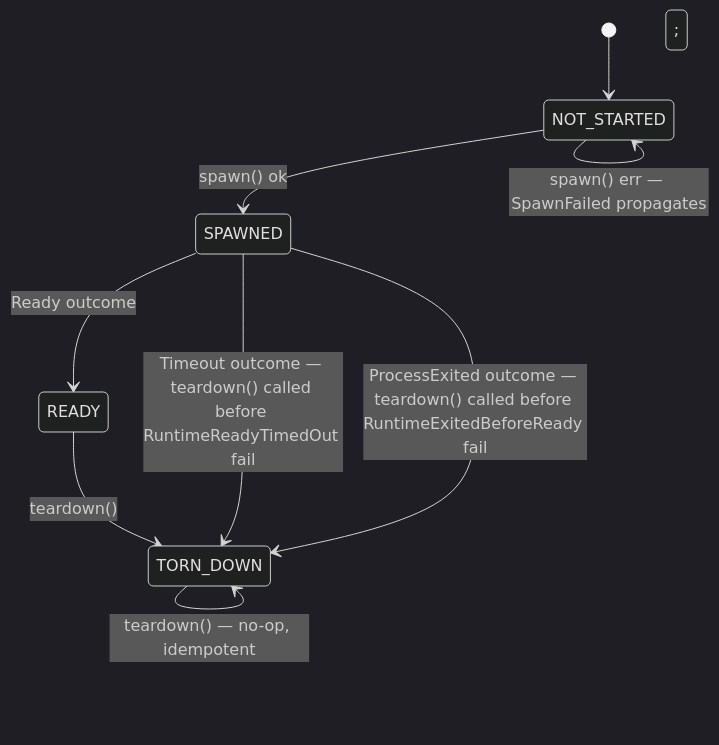
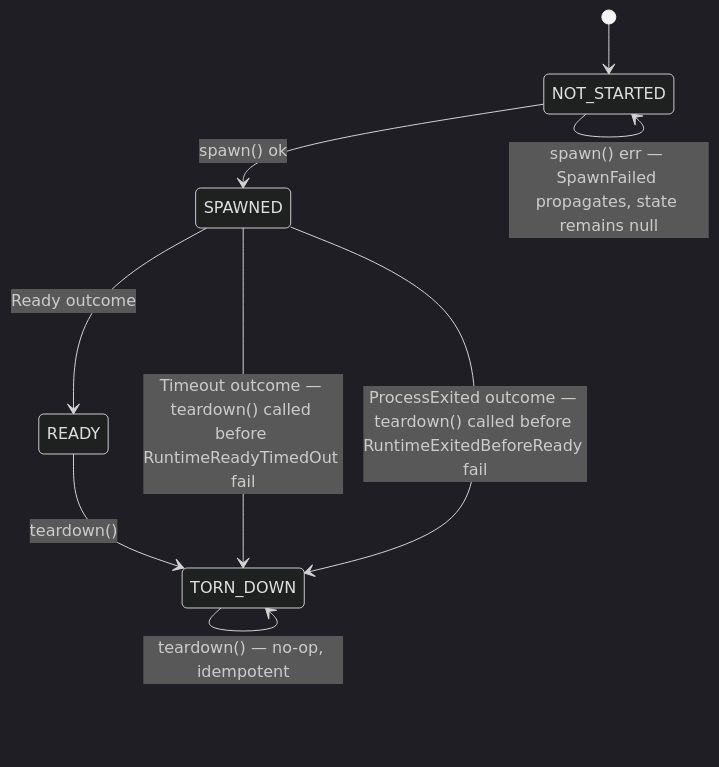
The diagram in packages/runtimes/docs/architecture/07-process-state-machine.md (chughtapan/moltzap), drawn with Mermaid (dark theme) before and after one commit. The commit also changed 44 other files, not shown here.

First line of the commit message:
docs: fix Mermaid syntax so GitHub renders all 79 diagrams

````diff
--- a/packages/runtimes/docs/architecture/07-process-state-machine.md
+++ b/packages/runtimes/docs/architecture/07-process-state-machine.md
@@ -10,12 +10,12 @@
 ```mermaid
 stateDiagram-v2
     [*] --> NOT_STARTED
 
     NOT_STARTED --> SPAWNED : spawn() ok
-    NOT_STARTED --> NOT_STARTED : spawn() err — SpawnFailed propagates; state remains null
+    NOT_STARTED --> NOT_STARTED : spawn() err — SpawnFailed propagates, state remains null
     SPAWNED --> READY : Ready outcome
     SPAWNED --> TORN_DOWN : Timeout outcome — teardown() called before RuntimeReadyTimedOut fail
     SPAWNED --> TORN_DOWN : ProcessExited outcome — teardown() called before RuntimeExitedBeforeReady fail
     READY --> TORN_DOWN : teardown()
     TORN_DOWN --> TORN_DOWN : teardown() — no-op, idempotent
 ```
````
